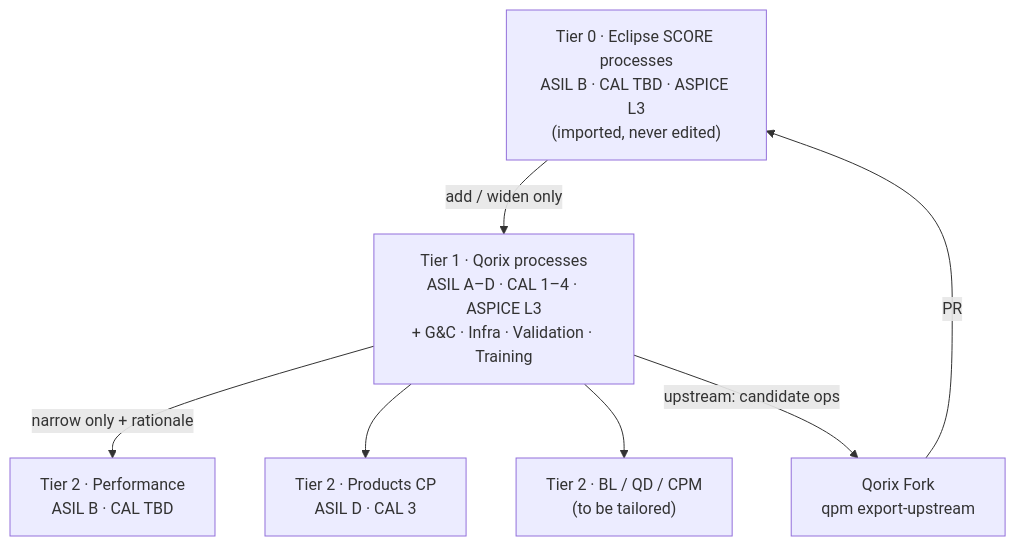
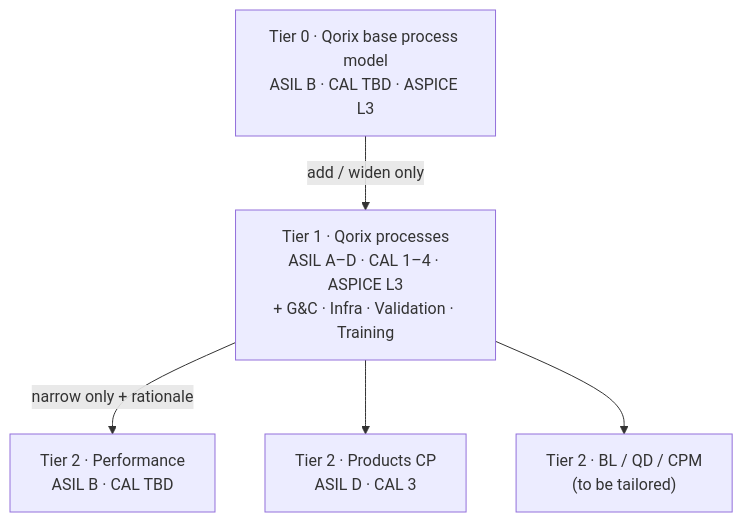
Before and after one commit to SwatiDavari/Qorix-Process-Hub-Test: the first of 2 diagrams in DESIGN.md, drawn with Mermaid. The commit also changed other lines of this file and 217 other files, not shown here.

Commit message:
Qorix Process Hub: Needs/Missions/Concepts/Realization/Assemblies/Dist, Qorix GitHub link

````diff
--- a/DESIGN.md
+++ b/DESIGN.md
@@ -24,15 +24,12 @@
 ```mermaid
 flowchart TB
-    S["Tier 0 · Eclipse SCORE processes<br/>ASIL B · CAL TBD · ASPICE L3<br/>(imported, never edited)"]
+    S["Tier 0 · Qorix base process model<br/>ASIL B · CAL TBD · ASPICE L3"]
     Q["Tier 1 · Qorix processes<br/>ASIL A–D · CAL 1–4 · ASPICE L3<br/>+ G&C · Infra · Validation · Training"]
-    F["Qorix Fork<br/>qpm export-upstream"]
     P1["Tier 2 · Performance<br/>ASIL B · CAL TBD"]
     P2["Tier 2 · Products CP<br/>ASIL D · CAL 3"]
     P3["Tier 2 · BL / QD / CPM<br/>(to be tailored)"]
     S -->|"add / widen only"| Q
     Q -->|"narrow only + rationale"| P1
     Q --> P2
     Q --> P3
-    Q -->|"upstream: candidate ops"| F
-    F -->|"PR"| S
 ```
````
